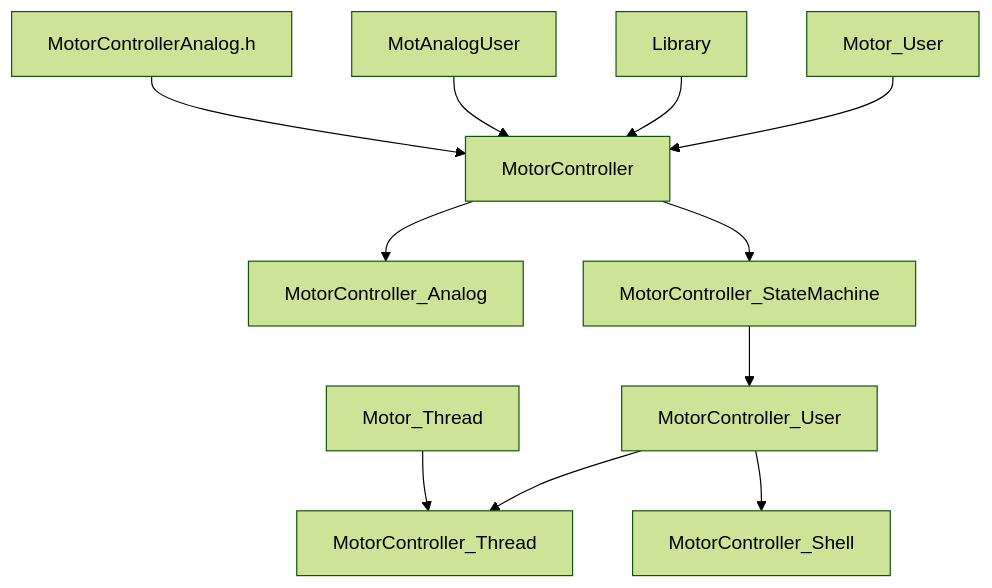
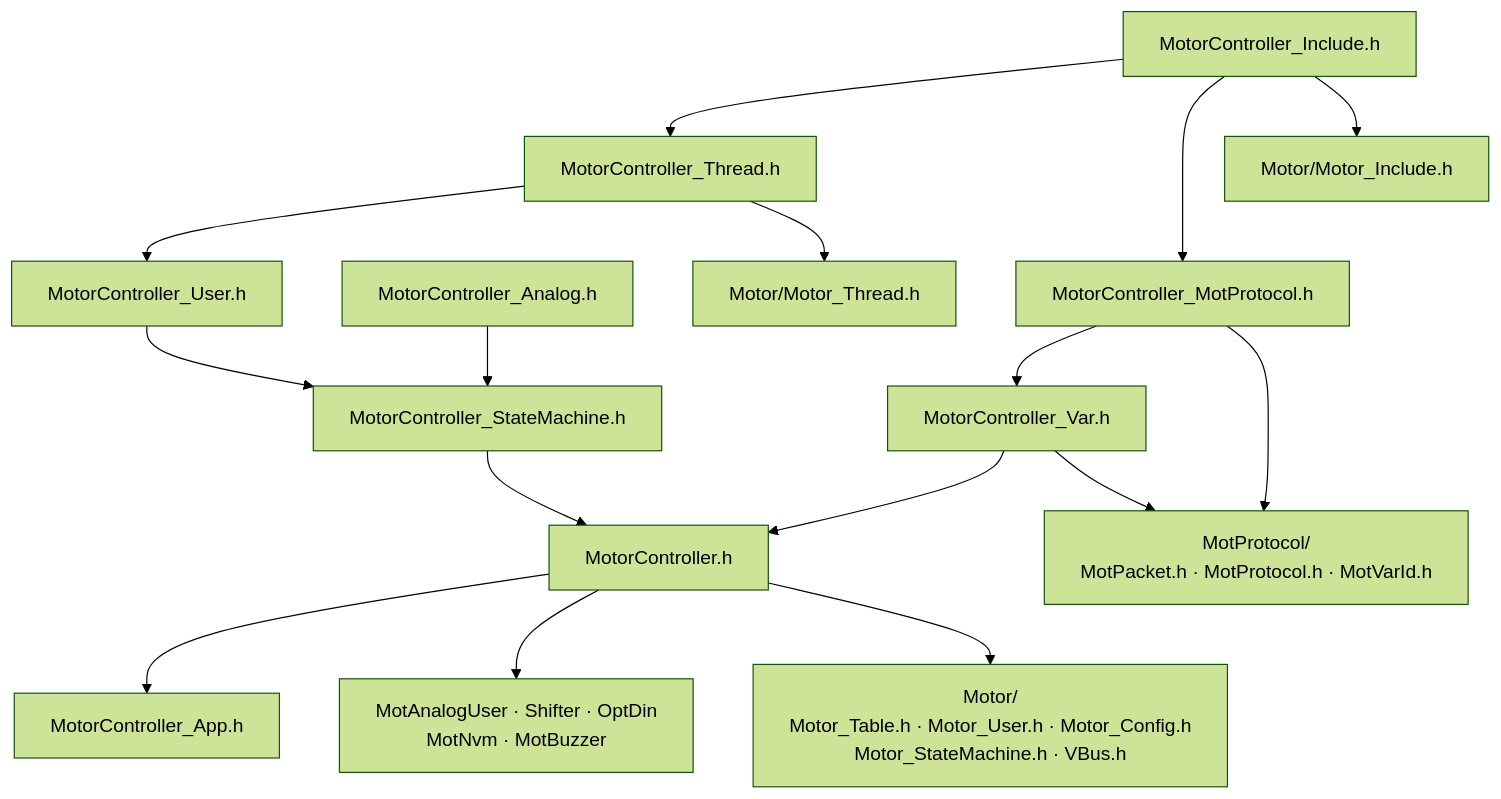
One commit to FireSourcery/FireSourcery_Library changed the second of 2 diagrams in Motor/Docs/DependencyGraph.md. Above: the diagram before and after it, drawn with Mermaid (forest theme). The commit also changed other lines of this file and 58 other files, not shown here.

````diff
--- a/Motor/Docs/DependencyGraph.md
+++ b/Motor/Docs/DependencyGraph.md
@@ -21,13 +44,31 @@
 ```mermaid
+---
+config:
+  flowchart:
+    wrappingWidth: 600
+---
 flowchart TB
-    MotorUser["Motor_User"] --> MotorController["MotorController"]
-    MotorThread["Motor_Thread"] --> MotorControllerThread["MotorController_Thread"]
-    Library["Library"] --> MotorController
-    MotAnalogUser["MotAnalogUser"] --> MotorController
-    MotorControllerAnalogH["MotorControllerAnalog.h"] --> MotorController
-    MotorController --> MotorControllerStateMachine["MotorController_StateMachine"]
-    MotorController --> MotorControllerAnalog["MotorController_Analog"]
-    MotorControllerStateMachine --> MotorControllerUser["MotorController_User"]
-    MotorControllerUser --> MotorControllerShell["MotorController_Shell"]
-    MotorControllerUser --> MotorControllerThread
+    Include["MotorController_Include.h"]
+    Thread["MotorController_Thread.h"]
+    Proto["MotorController_MotProtocol.h"]
+    Analog["MotorController_Analog.h"]
+    User["MotorController_User.h"]
+    Var["MotorController_Var.h"]
+    SM["MotorController_StateMachine.h"]
+    MC["MotorController.h"]
+    App["MotorController_App.h"]
+    Subs["MotAnalogUser · Shifter · OptDin<br/>MotNvm · MotBuzzer"]
+    Engines["MotProtocol/<br/>MotPacket.h · MotProtocol.h · MotVarId.h"]
+    MotorInclude["Motor/Motor_Include.h"]
+    MotorThread["Motor/Motor_Thread.h"]
+    Motor["Motor/<br/>Motor_Table.h · Motor_User.h · Motor_Config.h<br/>Motor_StateMachine.h · VBus.h"]
+
+    Include --> Thread & Proto & MotorInclude
+    Thread --> User & MotorThread
+    Proto --> Var & Engines
+    Analog --> SM
+    User --> SM
+    Var --> MC & Engines
+    SM --> MC
+    MC --> App & Subs & Motor
 ```
````
